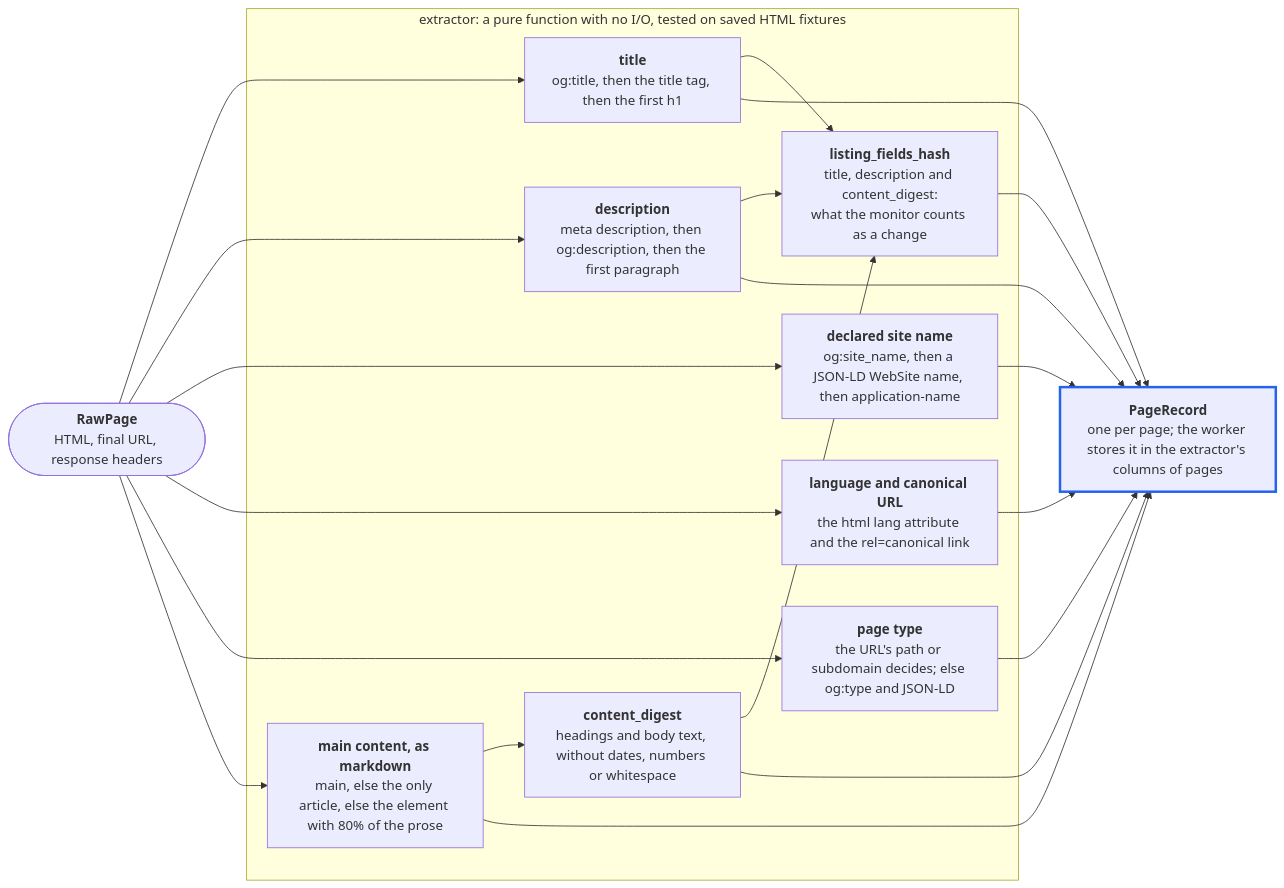
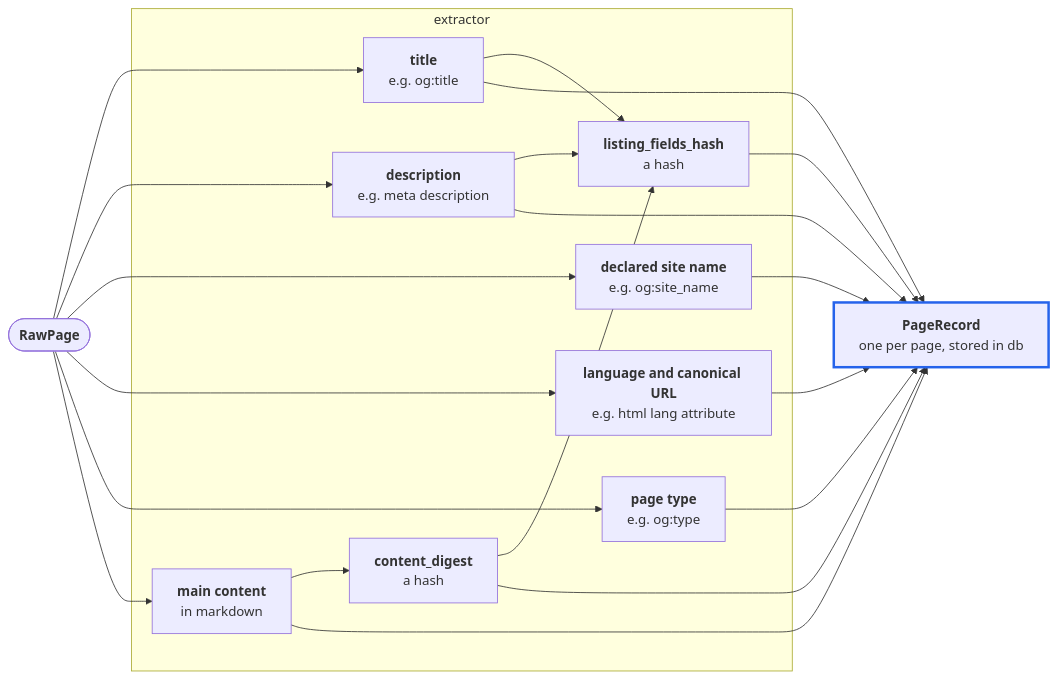
Before and after one commit to nevertooserious/llms-txt-ben-lucato: the fourth of 8 diagrams in docs/design/README.md, drawn with Mermaid. The commit also changed other lines of this file, not shown here.

First line of the commit message:
Simplify the design diagrams

````diff
--- a/docs/design/README.md
+++ b/docs/design/README.md
@@ -103,25 +98,25 @@
 ```mermaid
 flowchart LR
-  raw(["<b>RawPage</b><br/>HTML, final URL, response headers"])
+  raw(["<b>RawPage</b>"])
 
-  subgraph pure["extractor: a pure function with no I/O, tested on saved HTML fixtures"]
-    title["<b>title</b><br/>og:title, then the title tag, then the first h1"]
-    description["<b>description</b><br/>meta description, then og:description, then the first paragraph"]
-    siteName["<b>declared site name</b><br/>og:site_name, then a JSON-LD WebSite name, then application-name"]
-    language["<b>language and canonical URL</b><br/>the html lang attribute and the rel=canonical link"]
-    pageType["<b>page type</b><br/>the URL's path or subdomain decides; else og:type and JSON-LD"]
-    content["<b>main content, as markdown</b><br/>main, else the only article, else the element with 80% of the prose"]
-    digest["<b>content_digest</b><br/>headings and body text, without dates, numbers or whitespace"]
-    listingHash["<b>listing_fields_hash</b><br/>title, description and content_digest:<br/>what the monitor counts as a change"]
+  subgraph pure["extractor"]
+    title["<b>title</b><br/>e.g. og:title"]
+    description["<b>description</b><br/>e.g. meta description"]
+    siteName["<b>declared site name</b><br/>e.g. og:site_name"]
+    language["<b>language and canonical URL</b><br/>e.g. html lang attribute"]
+    pageType["<b>page type</b><br/>e.g. og:type"]
+    content["<b>main content</b><br/>in markdown"]
+    digest["<b>content_digest</b><br/>a hash"]
+    listingHash["<b>listing_fields_hash</b><br/>a hash"]
   end
 
-  record["<b>PageRecord</b><br/>one per page; the worker stores it in the extractor's columns of pages"]
+  record["<b>PageRecord</b><br/>one per page, stored in db"]
 
   raw --> title & description & siteName & language & pageType & content
   content --> digest
   title & description & digest --> listingHash
   title & description & siteName & language & pageType & content --> record
   digest & listingHash --> record
 
   style record stroke:#2563eb,stroke-width:3px
 ```
````
